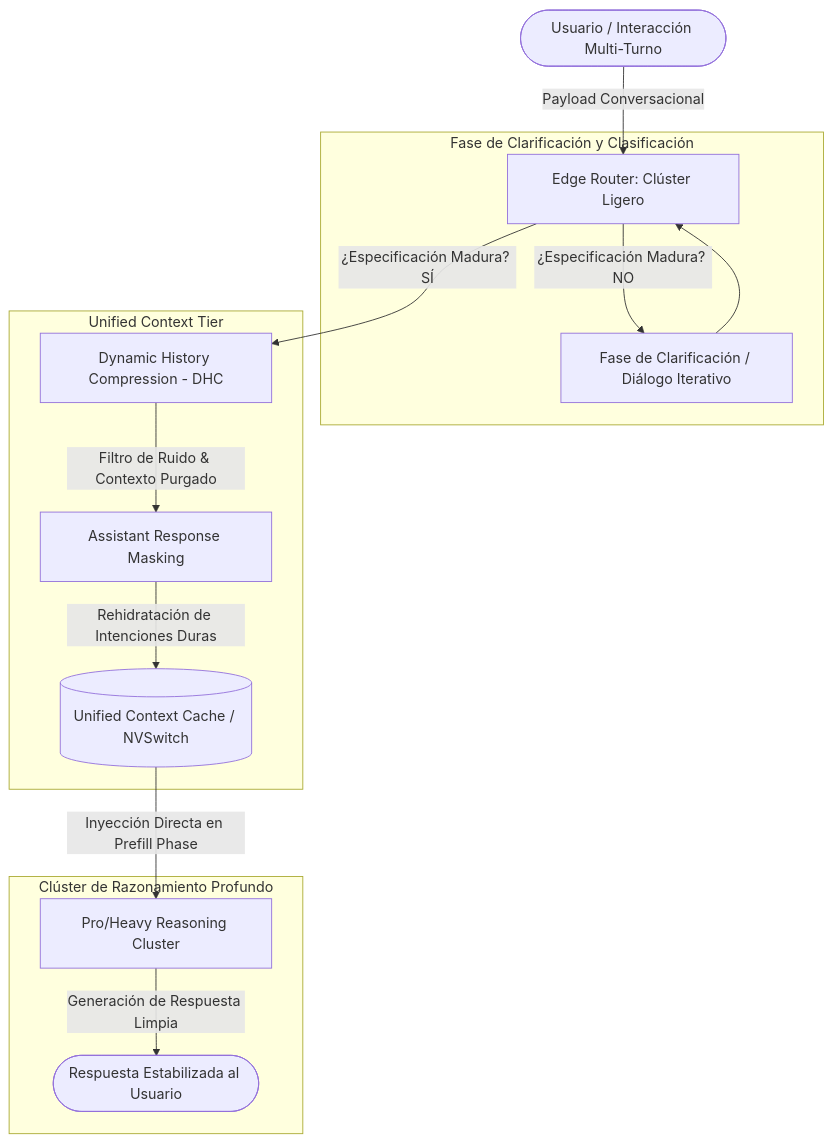
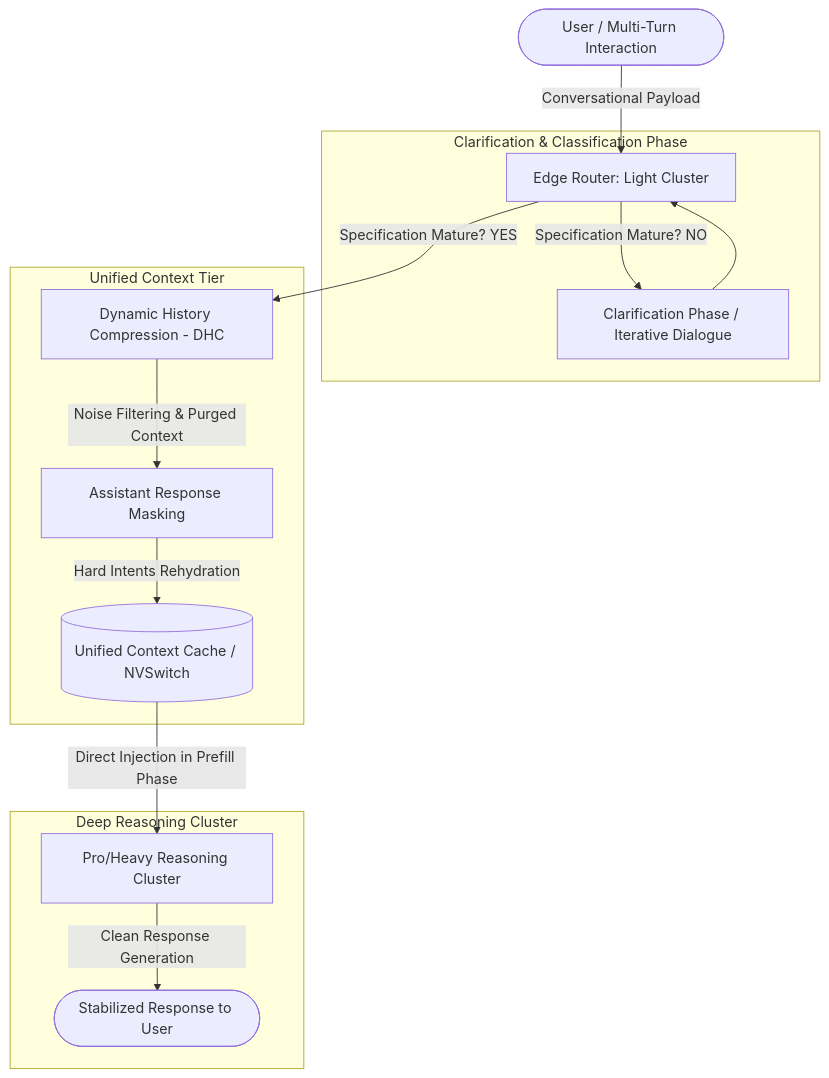
The diagram in README.md (AlvaroAlejandroFinOps/ACRA-Adaptive-Conversational-Routing-Architecture), drawn with Mermaid before and after one commit. The commit also changed other lines of this file and 2 other files, not shown here.

````diff
--- a/README.md
+++ b/README.md
@@ -16,20 +16,20 @@
 ```mermaid
 graph TD
-    User([Usuario / Interacción Multi-Turno]) -->|Payload Conversacional| EdgeRouter[Edge Router: Clúster Ligero]
+    User([User / Multi-Turn Interaction]) -->|Conversational Payload| EdgeRouter[Edge Router: Light Cluster]
     
-    subgraph Fase de Clarificación y Clasificación
-        EdgeRouter -->|¿Especificación Madura? NO| Clarify[Fase de Clarificación / Diálogo Iterativo]
+    subgraph Clarification & Classification Phase
+        EdgeRouter -->|Specification Mature? NO| Clarify[Clarification Phase / Iterative Dialogue]
         Clarify --> EdgeRouter
     end
     
     subgraph Unified Context Tier
-        EdgeRouter -->|¿Especificación Madura? SÍ| DHC[Dynamic History Compression - DHC]
-        DHC -->|Filtro de Ruido & Contexto Purgado| Masking[Assistant Response Masking]
-        Masking -->|Rehidratación de Intenciones Duras| Cache[(Unified Context Cache / NVSwitch)]
+        EdgeRouter -->|Specification Mature? YES| DHC[Dynamic History Compression - DHC]
+        DHC -->|Noise Filtering & Purged Context| Masking[Assistant Response Masking]
+        Masking -->|Hard Intents Rehydration| Cache[(Unified Context Cache / NVSwitch)]
     end
     
-    subgraph Clúster de Razonamiento Profundo
-        Cache -->|Inyección Directa en Prefill Phase| ProCluster[Pro/Heavy Reasoning Cluster]
-        ProCluster -->|Generación de Respuesta Limpia| Output([Respuesta Estabilizada al Usuario])
+    subgraph Deep Reasoning Cluster
+        Cache -->|Direct Injection in Prefill Phase| ProCluster[Pro/Heavy Reasoning Cluster]
+        ProCluster -->|Clean Response Generation| Output([Stabilized Response to User])
     end
 ```
````
